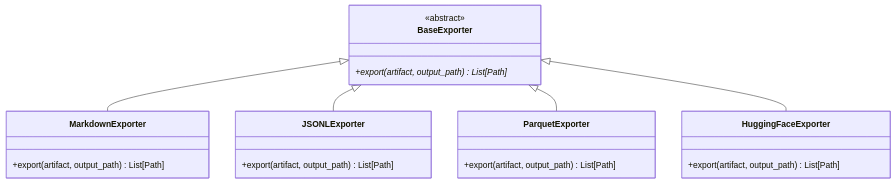
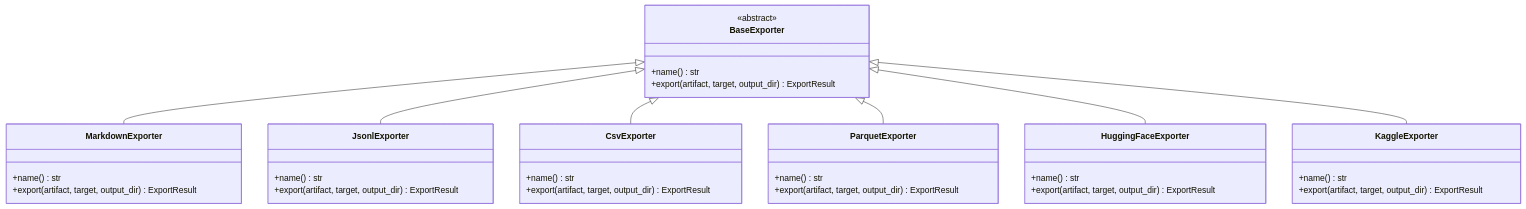
One commit to yeongseon/kpubdata-builder changed the first of 4 diagrams in EXPORT_MODEL.md. Above: the diagram before and after it, drawn with Mermaid. The commit also changed other lines of this file and 5 other files, not shown here.

````diff
--- a/EXPORT_MODEL.md
+++ b/EXPORT_MODEL.md
@@ -13,24 +13,39 @@
 ```mermaid
 classDiagram
     class BaseExporter {
         <<abstract>>
-        +export(artifact, output_path)* List[Path]
+        +name() str
+        +export(artifact, target, output_dir) ExportResult
     }
     class MarkdownExporter {
-        +export(artifact, output_path) List[Path]
+        +name() str
+        +export(artifact, target, output_dir) ExportResult
     }
-    class JSONLExporter {
-        +export(artifact, output_path) List[Path]
+    class JsonlExporter {
+        +name() str
+        +export(artifact, target, output_dir) ExportResult
+    }
+    class CsvExporter {
+        +name() str
+        +export(artifact, target, output_dir) ExportResult
     }
     class ParquetExporter {
-        +export(artifact, output_path) List[Path]
+        +name() str
+        +export(artifact, target, output_dir) ExportResult
     }
     class HuggingFaceExporter {
-        +export(artifact, output_path) List[Path]
+        +name() str
+        +export(artifact, target, output_dir) ExportResult
+    }
+    class KaggleExporter {
+        +name() str
+        +export(artifact, target, output_dir) ExportResult
     }
 
     BaseExporter <|-- MarkdownExporter
-    BaseExporter <|-- JSONLExporter
+    BaseExporter <|-- JsonlExporter
+    BaseExporter <|-- CsvExporter
     BaseExporter <|-- ParquetExporter
     BaseExporter <|-- HuggingFaceExporter
+    BaseExporter <|-- KaggleExporter
 ```
````
